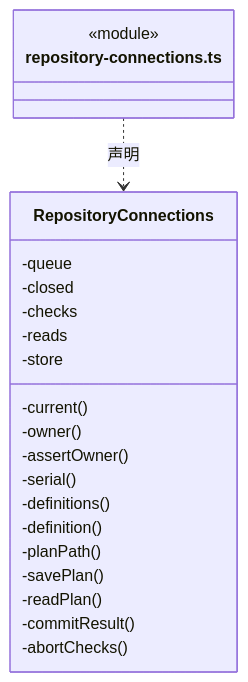
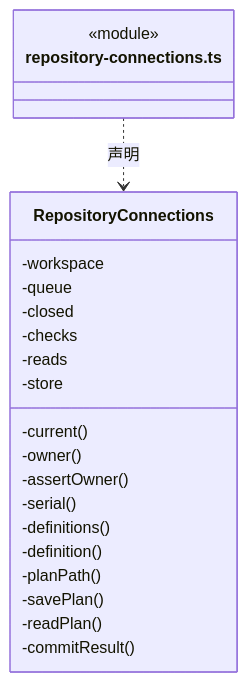
Before and after one commit to nan023062/cbim: the third of 5 diagrams in src/logic/connectors/service/ARCHITECTURE.md, drawn with Mermaid. The commit also changed other lines of this file and 139 other files, not shown here.

Commit message:
docs(architecture): add source reading paths and complete file inventories

````diff
--- a/src/logic/connectors/service/ARCHITECTURE.md
+++ b/src/logic/connectors/service/ARCHITECTURE.md
@@ -102,25 +107,25 @@
 ```mermaid
 classDiagram
 class N_src_logic_connectors_service_repository_connections_ts["repository-connections.ts"] {
   <<module>>
 }
 class N_src_logic_connectors_service_repository_connections_ts_RepositoryConnections["RepositoryConnections"] {
+  -workspace
   -queue
   -closed
   -checks
   -reads
   -store
   -current()
   -owner()
   -assertOwner()
   -serial()
   -definitions()
   -definition()
   -planPath()
   -savePlan()
   -readPlan()
   -commitResult()
-  -abortChecks()
 }
 N_src_logic_connectors_service_repository_connections_ts ..> N_src_logic_connectors_service_repository_connections_ts_RepositoryConnections : 声明
 ```
````
